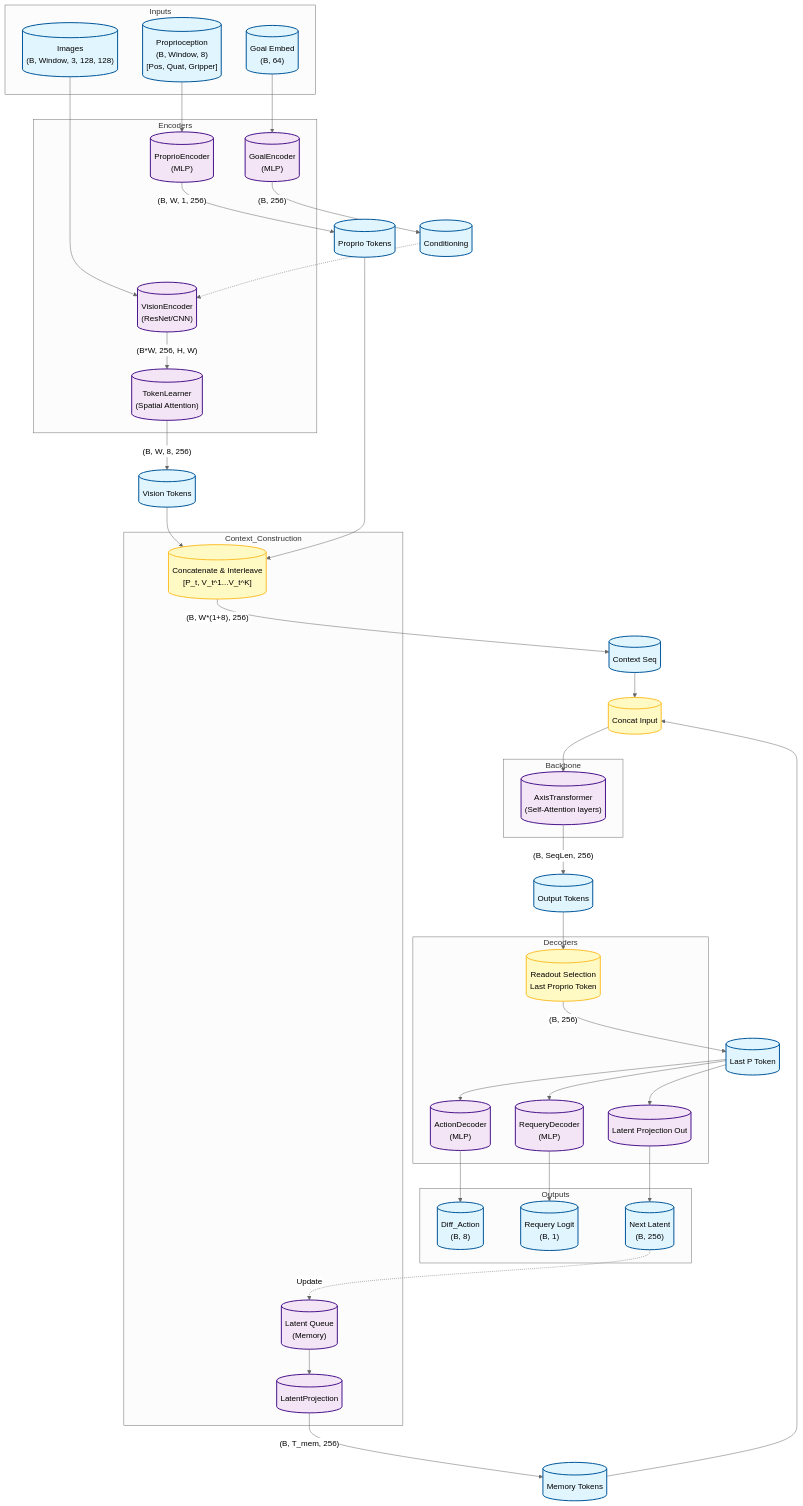
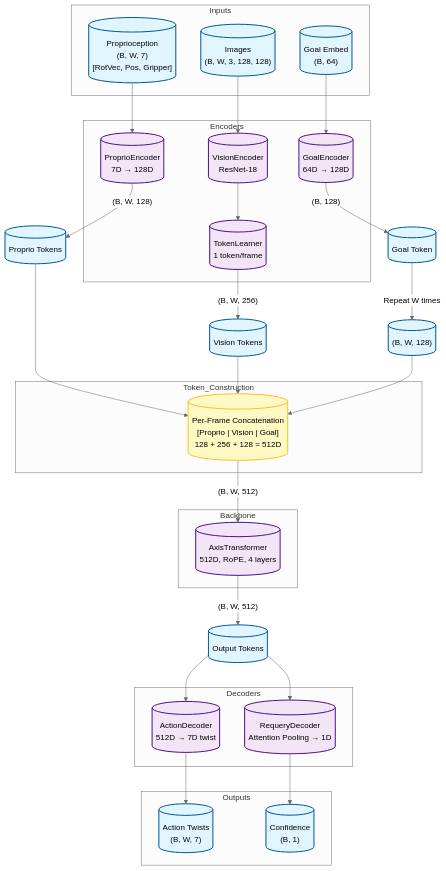
One commit to Thoooomas14/Axis changed the first of 2 diagrams in docs/model_architecture_vis.md. Above: the diagram before and after it, drawn with Mermaid (neutral theme). The commit also changed other lines of this file and 28 other files, not shown here.

````diff
--- a/docs/model_architecture_vis.md
+++ b/docs/model_architecture_vis.md
@@ -7,74 +7,60 @@
-``` mermaid
+```mermaid
 graph TD
     subgraph Inputs
-        IMG[("Images<br/>(B, Window, 3, 128, 128)")]
-        PROP[("Proprioception<br/>(B, Window, 8)<br/>[Pos, Quat, Gripper]")]
+        IMG[("Images<br/>(B, W, 3, 128, 128)")]
+        PROP[("Proprioception<br/>(B, W, 7)<br/>[RotVec, Pos, Gripper]")]
         GOAL[("Goal Embed<br/>(B, 64)")]
     end
 
     subgraph Encoders
-        GE[("GoalEncoder<br/>(MLP)")]
-        VE[("VisionEncoder<br/>(ResNet/CNN)")]
-        PE[("ProprioEncoder<br/>(MLP)")]
-        TL[("TokenLearner<br/>(Spatial Attention)")]
+        VE[("VisionEncoder<br/>ResNet-18")]
+        PE[("ProprioEncoder<br/>7D → 128D")]
+        GE[("GoalEncoder<br/>64D → 128D")]
+        TL[("TokenLearner<br/>1 token/frame")]
     end
 
-    subgraph Context_Construction
-        CAT[("Concatenate & Interleave<br/>[P_t, V_t^1...V_t^K]")]
-        LQ[("Latent Queue<br/>(Memory)")]
-        LP[("LatentProjection")]
+    subgraph Token_Construction
+        CAT[("Per-Frame Concatenation<br/>[Proprio | Vision | Goal]<br/>128 + 256 + 128 = 512D")]
     end
 
     subgraph Backbone
-        TR[("AxisTransformer<br/>(Self-Attention layers)")]
+        TR[("AxisTransformer<br/>512D, RoPE, 4 layers")]
     end
 
     subgraph Decoders
-        READ[("Readout Selection<br/>Last Proprio Token")]
-        AD[("ActionDecoder<br/>(MLP)")]
-        RD[("RequeryDecoder<br/>(MLP)")]
-        LPROJ[("Latent Projection Out")]
+        AD[("ActionDecoder<br/>512D → 7D twist")]
+        RD[("RequeryDecoder<br/>Attention Pooling → 1D")]
     end
 
     subgraph Outputs
-        ACT[("Diff_Action<br/>(B, 8)")]
-        REQ[("Requery Logit<br/>(B, 1)")]
-        NL[("Next Latent<br/>(B, 256)")]
+        ACT[("Action Twists<br/>(B, W, 7)")]
+        REQ[("Confidence<br/>(B, 1)")]
     end
 
     %% Connections
-    GOAL --> GE -->|"(B, 256)"| COND[("Conditioning")]
+    IMG --> VE --> TL
+    TL -->|"(B, W, 256)"| VTOK[("Vision Tokens")]
     
-    IMG --> VE
-    COND -.-> VE
-    VE -->|"(B*W, 256, H, W)"| TL
-    TL -->|"(B, W, 8, 256)"| VTOK[("Vision Tokens")]
-
-    PROP --> PE -->|"(B, W, 1, 256)"| PTOK[("Proprio Tokens")]
-
+    PROP --> PE -->|"(B, W, 128)"| PTOK[("Proprio Tokens")]
+    
+    GOAL --> GE -->|"(B, 128)"| GTOK[("Goal Token")]
+    GTOK -->|"Repeat W times"| GEXP[("(B, W, 128)")]
+    
     PTOK --> CAT
     VTOK --> CAT
-    CAT -->|"(B, W*(1+8), 256)"| CTX[("Context Seq")]
-
-    LQ --> LP -->|"(B, T_mem, 256)"| MEM[("Memory Tokens")]
+    GEXP --> CAT
+    CAT -->|"(B, W, 512)"| TR
     
-    CTX --> MERGE[("Concat Input")]
-    MEM --> MERGE
-    MERGE --> TR
-    TR -->|"(B, SeqLen, 256)"| OUT[("Output Tokens")]
-
-    OUT --> READ -->|"(B, 256)"| LAST[("Last P Token")]
-
-    LAST --> AD --> ACT
-    LAST --> RD --> REQ
-    LAST --> LPROJ --> NL
-    NL -.->|Update| LQ
+    TR -->|"(B, W, 512)"| OUT[("Output Tokens")]
+    
+    OUT --> AD --> ACT
+    OUT --> RD --> REQ
 
     classDef tensor fill:#e1f5fe,stroke:#01579b,stroke-width:2px;
     classDef component fill:#f3e5f5,stroke:#4a148c,stroke-width:2px,rx:10,ry:10;
     classDef logic fill:#fff9c4,stroke:#fbc02d,stroke-width:2px;
 
-    class IMG,PROP,GOAL,COND,VTOK,PTOK,CTX,MEM,OUT,LAST,ACT,REQ,NL tensor;
-    class GE,VE,PE,TL,TR,AD,RD,LPROJ,LQ,LP component;
-    class CAT,READ,MERGE logic;
+    class IMG,PROP,GOAL,VTOK,PTOK,GTOK,GEXP,OUT,ACT,REQ tensor;
+    class VE,PE,GE,TL,TR,AD,RD component;
+    class CAT logic;
 ```
````
